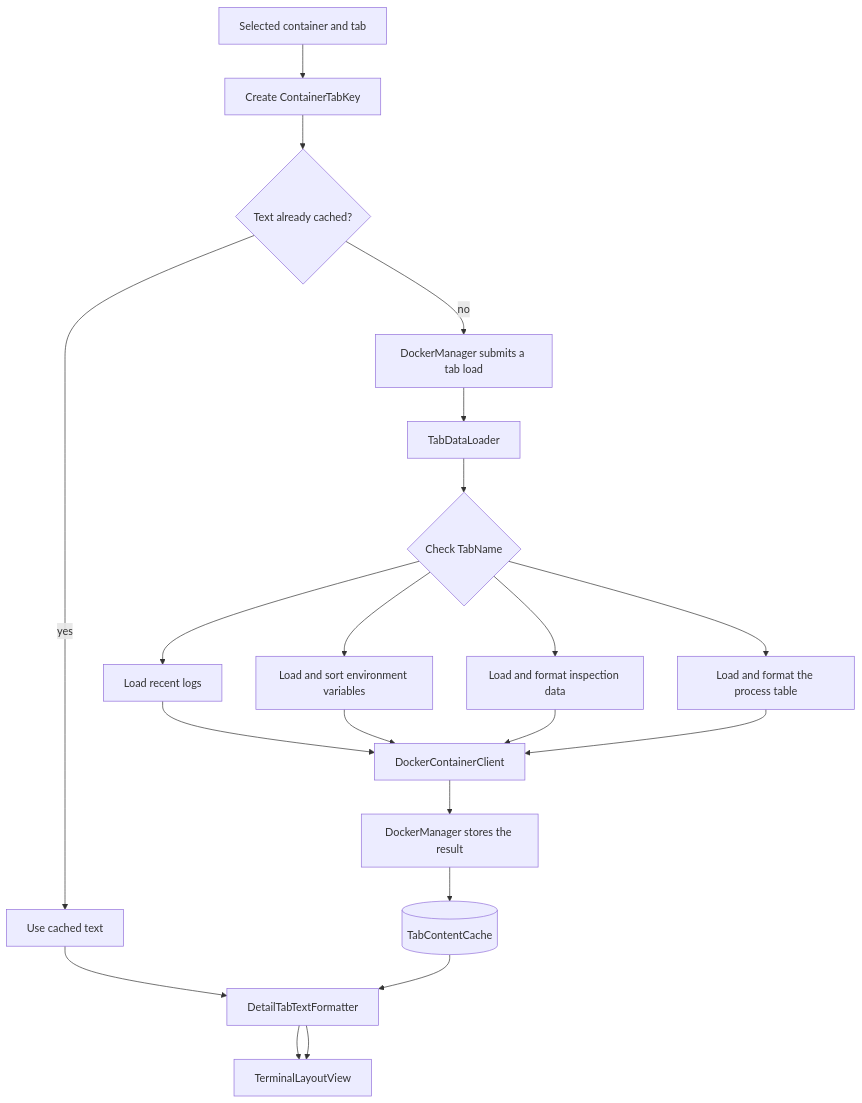
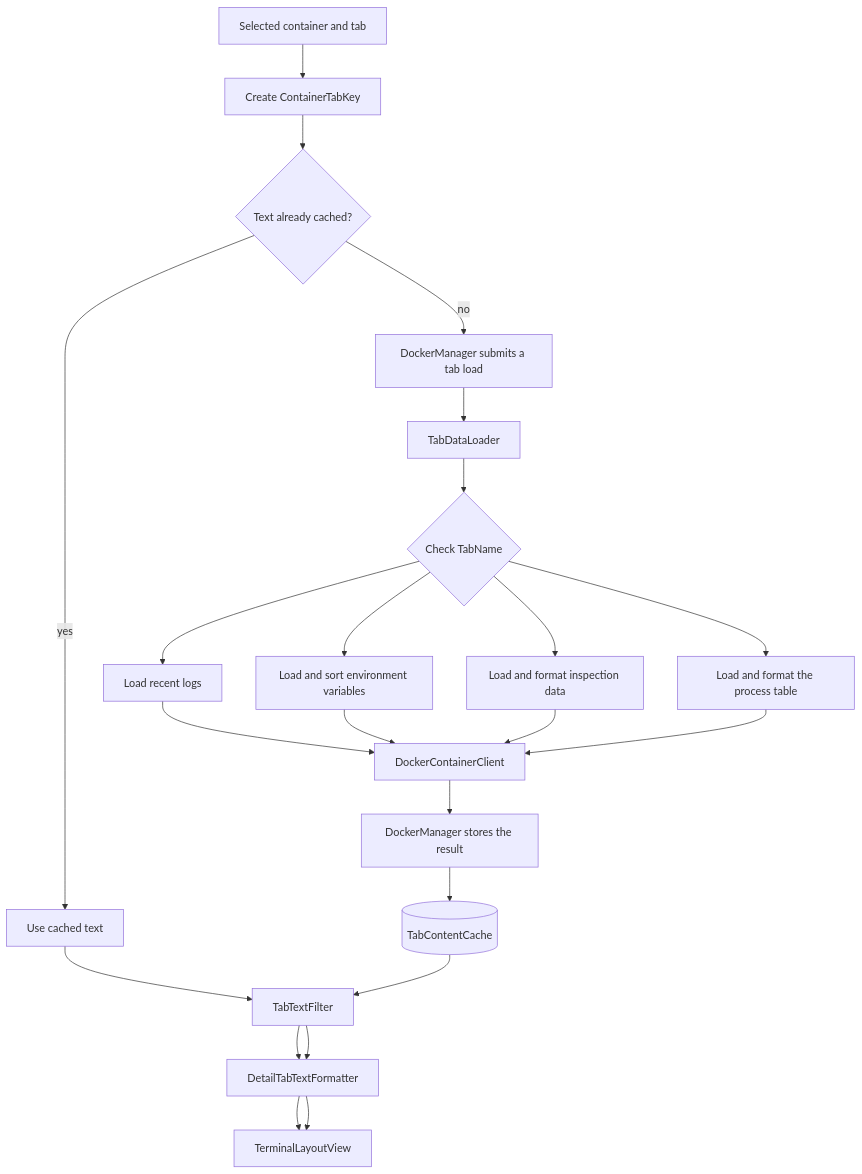
The fifth of 5 diagrams in DEVELOPMENT_GUIDE.md (arabnejad/edm), drawn with Mermaid before and after one commit. The commit also changed other lines of this file and 9 other files, not shown here.

Commit message:
Extract shared tab text filtering

````diff
--- a/DEVELOPMENT_GUIDE.md
+++ b/DEVELOPMENT_GUIDE.md
@@ -410,28 +415,29 @@
 ```mermaid
 flowchart TD
     Selection[Selected container and tab]
     Key[Create ContainerTabKey]
     Cached{Text already cached?}
     Show[Use cached text]
     Submit[DockerManager submits a tab load]
     Loader[TabDataLoader]
     Choose{Check TabName}
     Logs[Load recent logs]
     Env[Load and sort environment variables]
     Config[Load and format inspection data]
     Top[Load and format the process table]
     Client[DockerContainerClient]
     Complete[DockerManager stores the result]
     Cache[(TabContentCache)]
+    Filter[TabTextFilter]
     Format[DetailTabTextFormatter]
     Draw[TerminalLayoutView]
 
     Selection --> Key --> Cached
-    Cached -- yes --> Show --> Format --> Draw
+    Cached -- yes --> Show --> Filter --> Format --> Draw
     Cached -- no --> Submit --> Loader --> Choose
     Choose --> Logs --> Client
     Choose --> Env --> Client
     Choose --> Config --> Client
     Choose --> Top --> Client
-    Client --> Complete --> Cache --> Format --> Draw
+    Client --> Complete --> Cache --> Filter --> Format --> Draw
 ```
````
